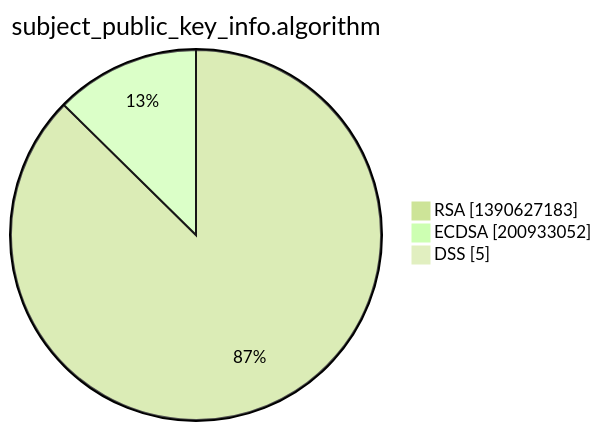
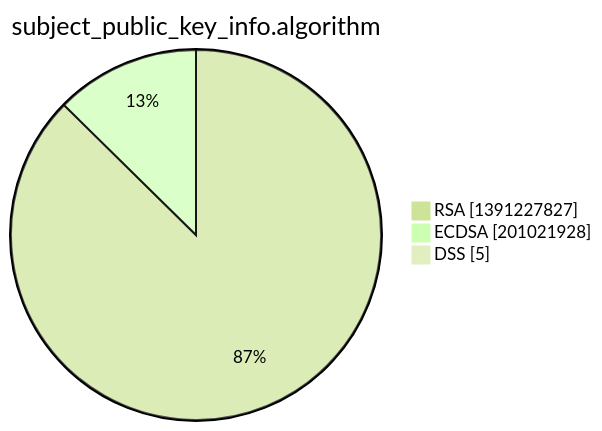
The third of 15 diagrams in xenon2022/README.md (christiankrug/ctmonitor_visualization), drawn with Mermaid (forest theme) before and after one commit. The commit also changed other lines of this file, not shown here.

````diff
--- a/xenon2022/README.md
+++ b/xenon2022/README.md
@@ -14,7 +14,7 @@
 ```mermaid
 pie showData
 title subject_public_key_info.algorithm
-"RSA" :1390627183
-"ECDSA" :200933052
+"RSA" :1391227827
+"ECDSA" :201021928
 "DSS" :5
 ```
````
